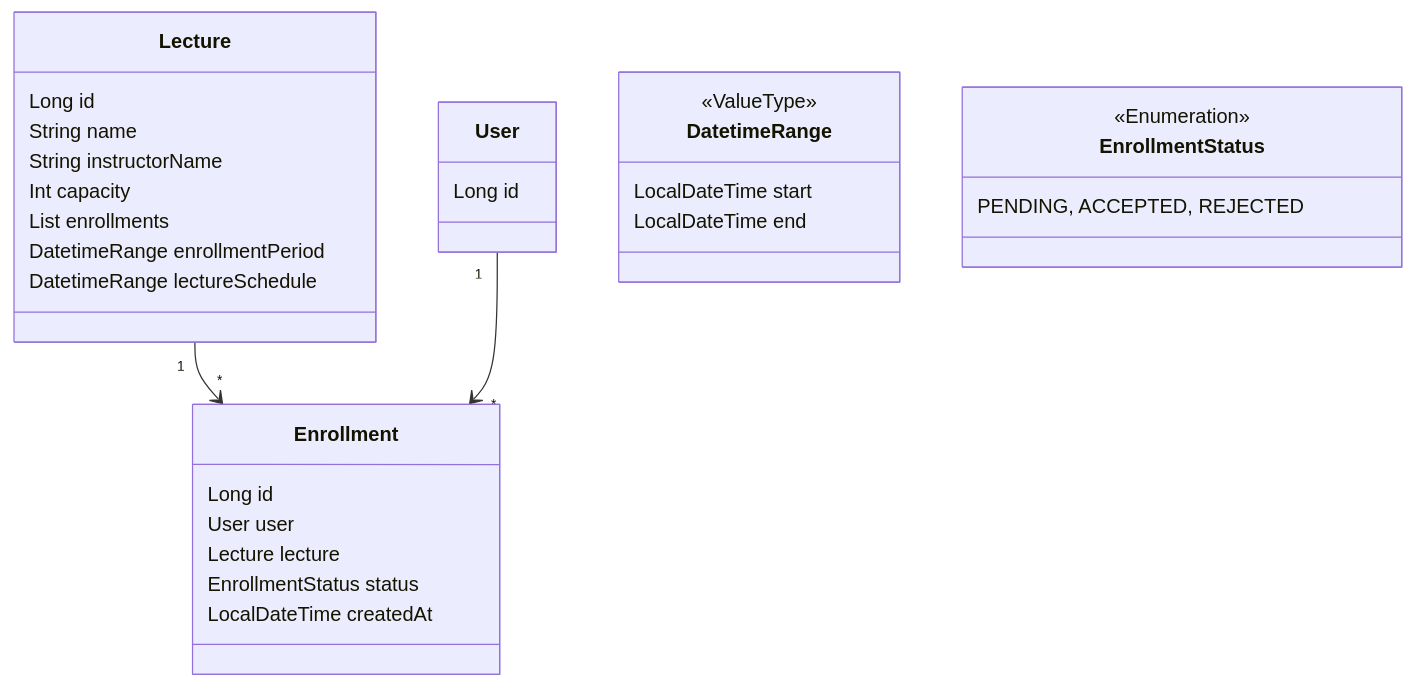
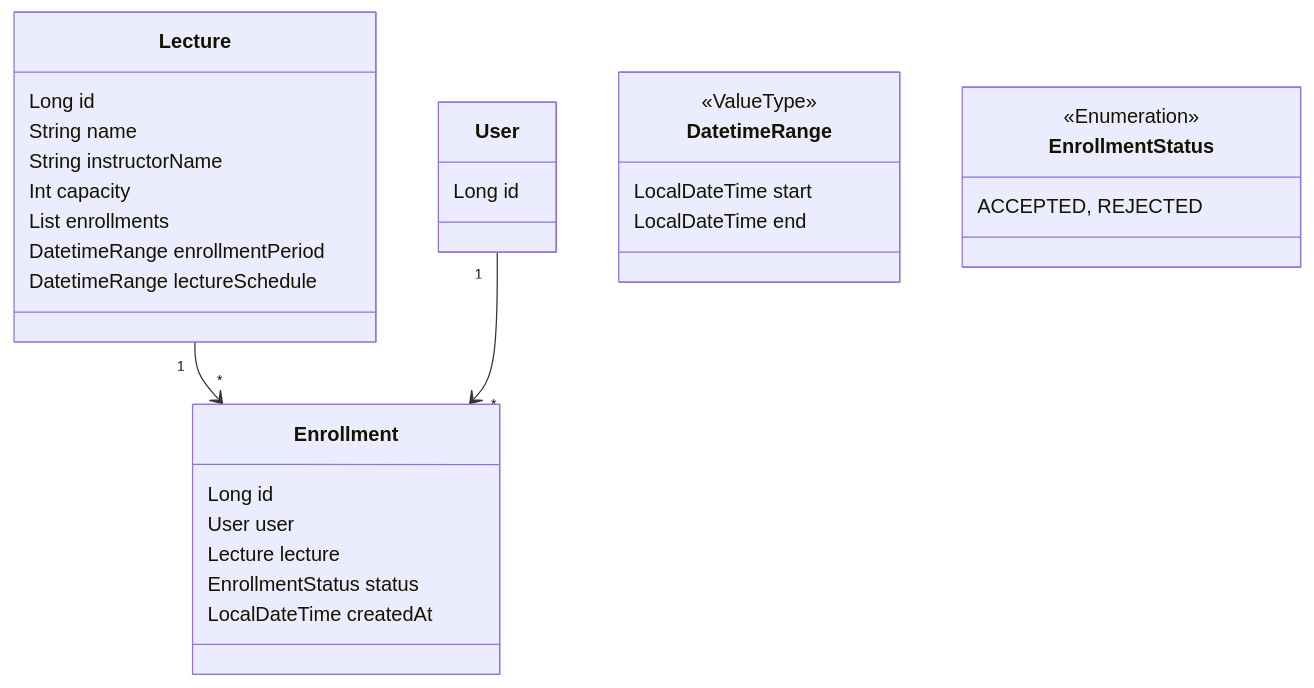
Before and after one commit to yuiyeong/week2_assignment: the first of 2 diagrams in README.md, drawn with Mermaid.

Commit message:
Docs: README.md 수정

````diff
--- a/README.md
+++ b/README.md
@@ -20,38 +20,38 @@
 ```mermaid
 classDiagram
     Lecture "1" --> "*" Enrollment
     User "1" --> "*" Enrollment
 
     class DatetimeRange {
         <<ValueType>>
         LocalDateTime start
         LocalDateTime end
     }
 
     class Lecture {
         Long id
         String name
         String instructorName
         Int capacity
         List<Enrollment> enrollments
         DatetimeRange enrollmentPeriod
         DatetimeRange lectureSchedule
     }
 
     class User {
         Long id
     }
 
     class Enrollment {
         Long id
         User user
         Lecture lecture
         EnrollmentStatus status
         LocalDateTime createdAt
     }
 
     class EnrollmentStatus {
         <<Enumeration>>
-        PENDING, ACCEPTED, REJECTED
+        ACCEPTED, REJECTED
     }
 ```
````
